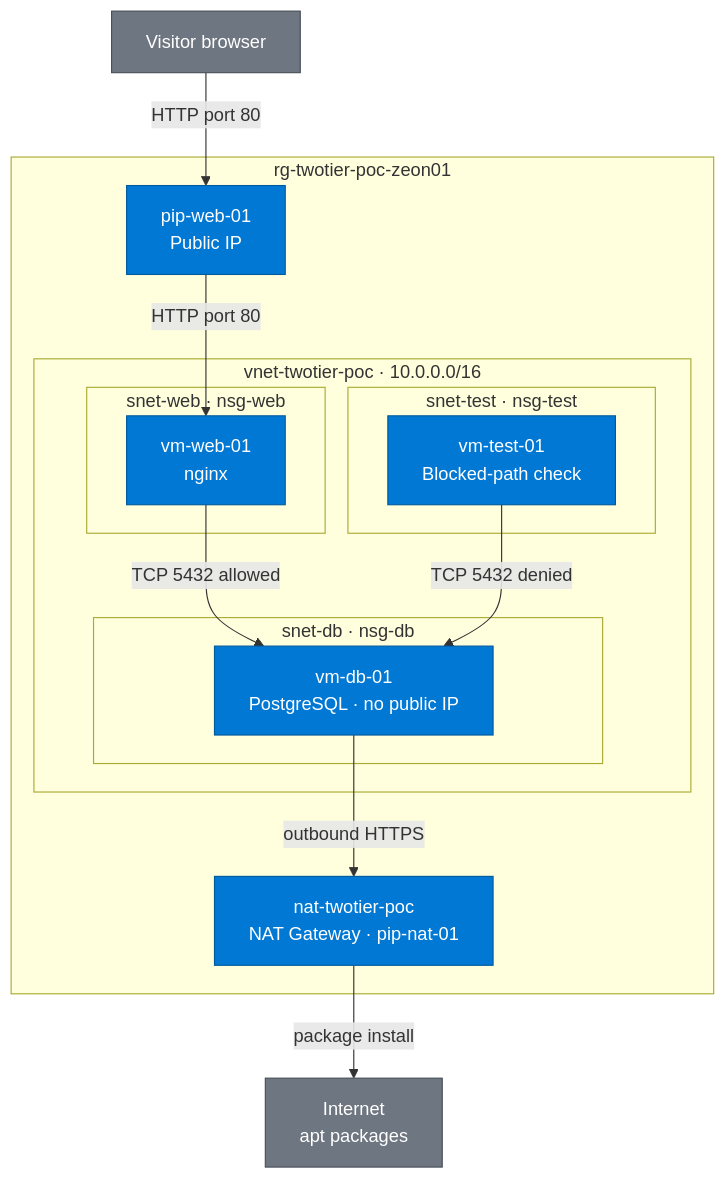
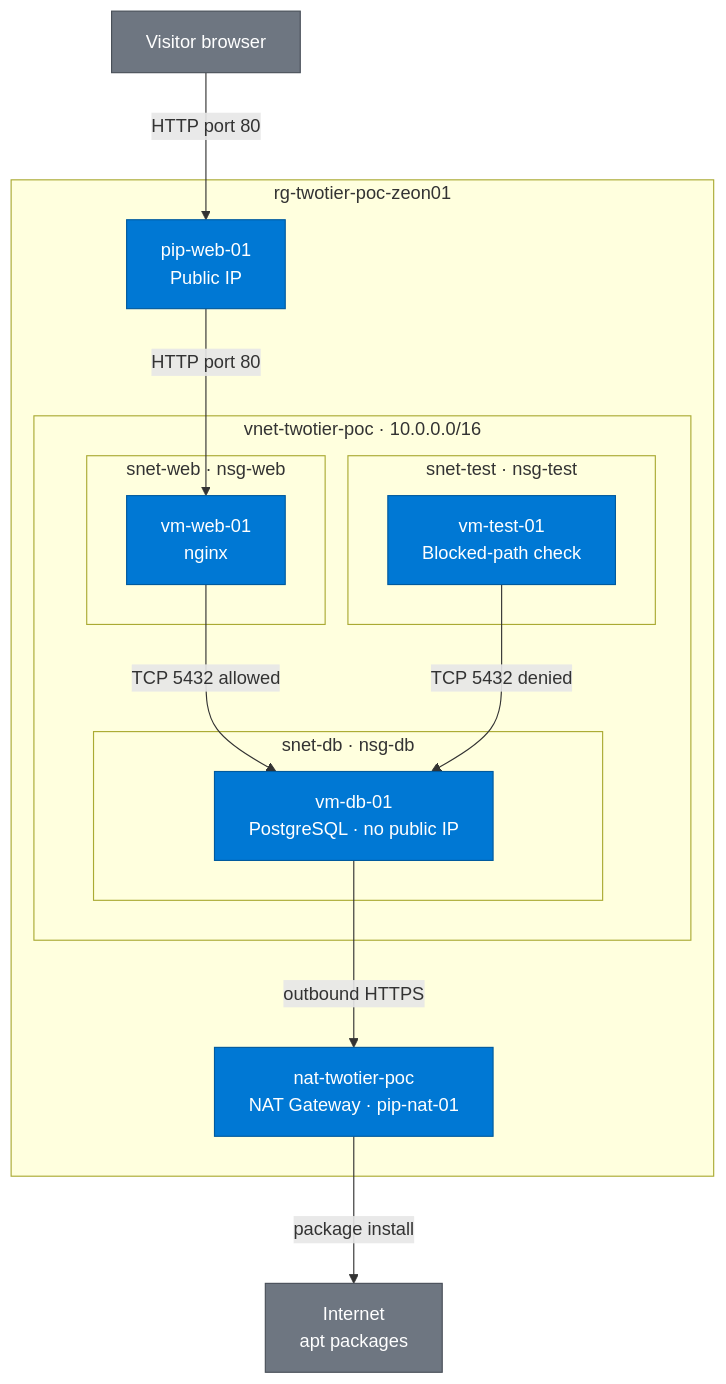
Before and after one commit to zsociety47/azure-two-tier-network-poc: the diagram in README.md, drawn with Mermaid.

Commit message:
Render the architecture diagram at full size.

````diff
--- a/README.md
+++ b/README.md
@@ -344,34 +344,35 @@
 ```mermaid
+%%{init: {"flowchart": {"useMaxWidth": false, "nodeSpacing": 50, "rankSpacing": 70}}}%%
 flowchart TD
     visitor["Visitor browser"]
     packages["Internet<br/>apt packages"]
 
     subgraph rg["rg-twotier-poc-zeon01"]
         pip["pip-web-01<br/>Public IP"]
         nat["nat-twotier-poc<br/>NAT Gateway · pip-nat-01"]
         subgraph vnet["vnet-twotier-poc · 10.0.0.0/16"]
             subgraph web["snet-web · nsg-web"]
                 vmweb["vm-web-01<br/>nginx"]
             end
             subgraph db["snet-db · nsg-db"]
                 vmdb["vm-db-01<br/>PostgreSQL · no public IP"]
             end
             subgraph test["snet-test · nsg-test"]
                 vmtest["vm-test-01<br/>Blocked-path check"]
             end
         end
     end
 
     visitor -- "HTTP port 80" --> pip
     pip -- "HTTP port 80" --> vmweb
     vmweb -- "TCP 5432 allowed" --> vmdb
     vmtest -- "TCP 5432 denied" --> vmdb
     vmdb -- "outbound HTTPS" --> nat
     nat -- "package install" --> packages
 
     classDef azure fill:#0078d4,stroke:#005a9e,color:#fff
     classDef external fill:#6e7681,stroke:#484f58,color:#fff
 
     class pip,vmweb,vmdb,vmtest,nat azure
     class visitor,packages external
 ```
````
